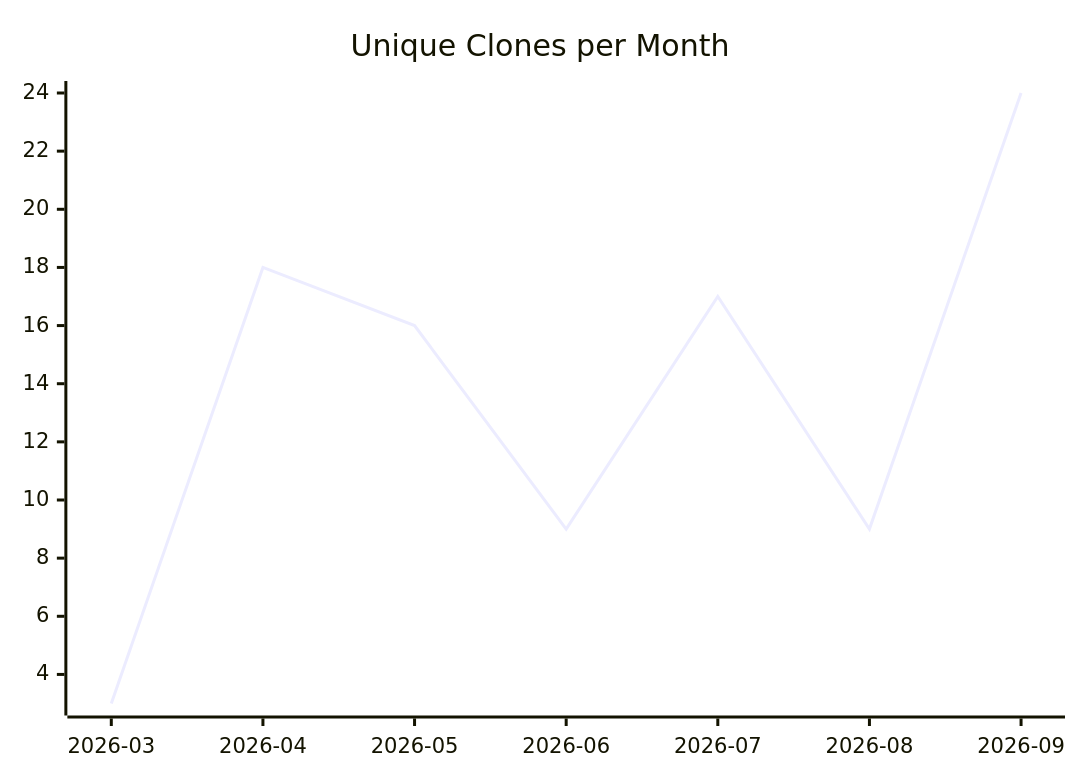
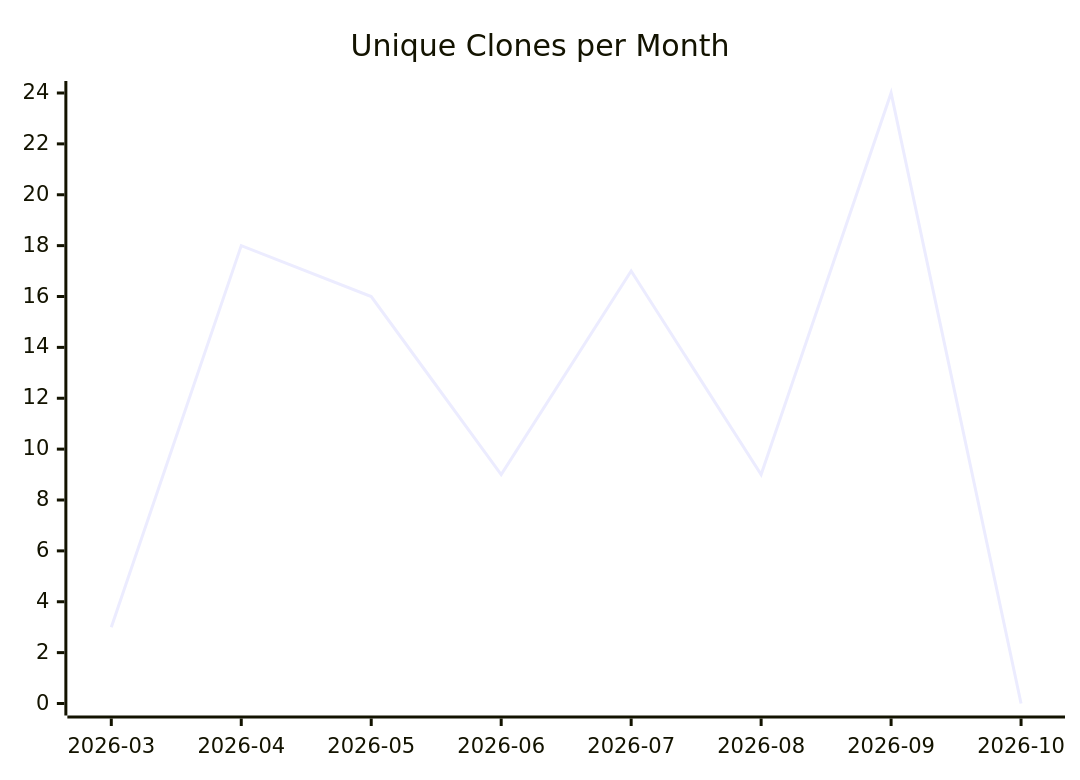
The third of 3 diagrams in karlmdavis/jessentials/README.md (justdavis-family/github-analytics-data), drawn with Mermaid before and after one commit. The commit also changed other lines of this file and 202 other files, not shown here.

````diff
--- a/karlmdavis/jessentials/README.md
+++ b/karlmdavis/jessentials/README.md
@@ -19,6 +19,6 @@
 ```mermaid
 xychart-beta
   title "Unique Clones per Month"
-  x-axis ["2026-03", "2026-04", "2026-05", "2026-06", "2026-07", "2026-08", "2026-09"]
-  line [3, 18, 16, 9, 17, 9, 24]
+  x-axis ["2026-03", "2026-04", "2026-05", "2026-06", "2026-07", "2026-08", "2026-09", "2026-10"]
+  line [3, 18, 16, 9, 17, 9, 24, 0]
 ```
````
